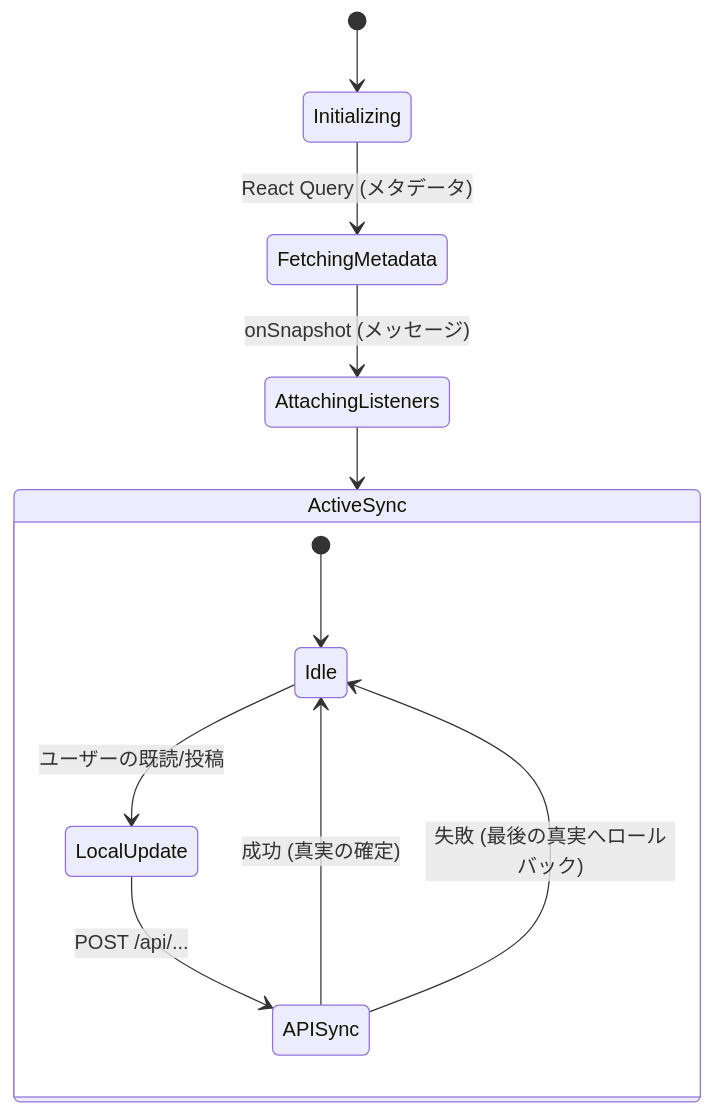
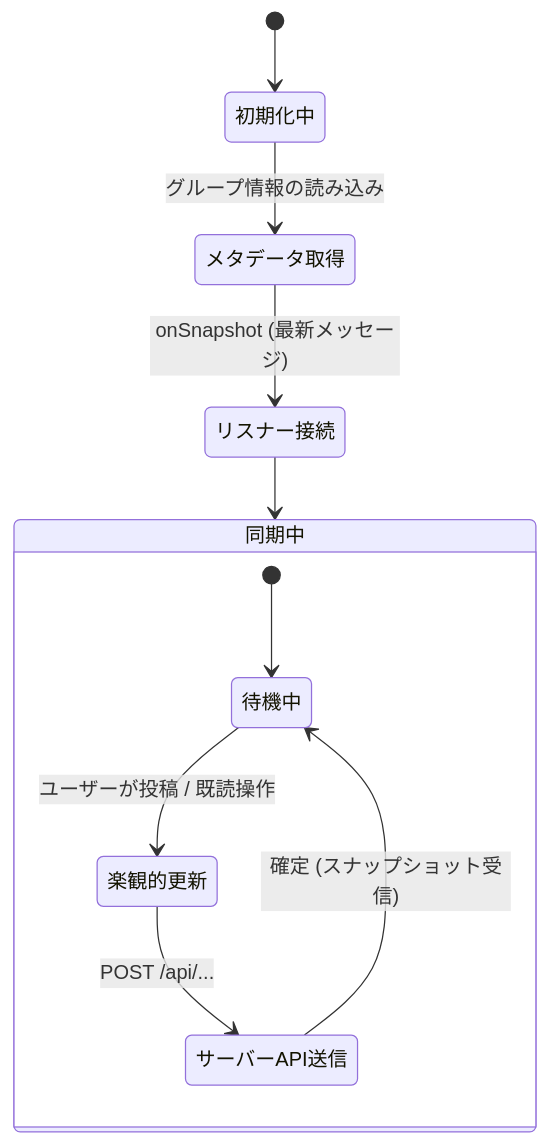
Before and after one commit to ScriptureHabit/scripture-habit: the diagram in docs/ja/feature-chat-dashboard.md, drawn with Mermaid. The commit also changed other lines of this file and 11 other files, not shown here.

````diff
--- a/docs/ja/feature-chat-dashboard.md
+++ b/docs/ja/feature-chat-dashboard.md
@@ -47,15 +11,14 @@
 ```mermaid
 stateDiagram-v2
-    [*] --> Initializing
-    Initializing --> FetchingMetadata: React Query (メタデータ)
-    FetchingMetadata --> AttachingListeners: onSnapshot (メッセージ)
-    AttachingListeners --> ActiveSync
+    [*] --> 初期化中
+    初期化中 --> メタデータ取得: グループ情報の読み込み
+    メタデータ取得 --> リスナー接続: onSnapshot (最新メッセージ)
+    リスナー接続 --> 同期中
     
-    state ActiveSync {
-        [*] --> Idle
-        Idle --> LocalUpdate: ユーザーの既読/投稿
-        LocalUpdate --> APISync: POST /api/...
-        APISync --> Idle: 成功 (真実の確定)
-        APISync --> Idle: 失敗 (最後の真実へロールバック)
+    state 同期中 {
+        [*] --> 待機中
+        待機中 --> 楽観的更新: ユーザーが投稿 / 既読操作
+        楽観的更新 --> サーバーAPI送信: POST /api/...
+        サーバーAPI送信 --> 待機中: 確定 (スナップショット受信)
     }
 ```
````
